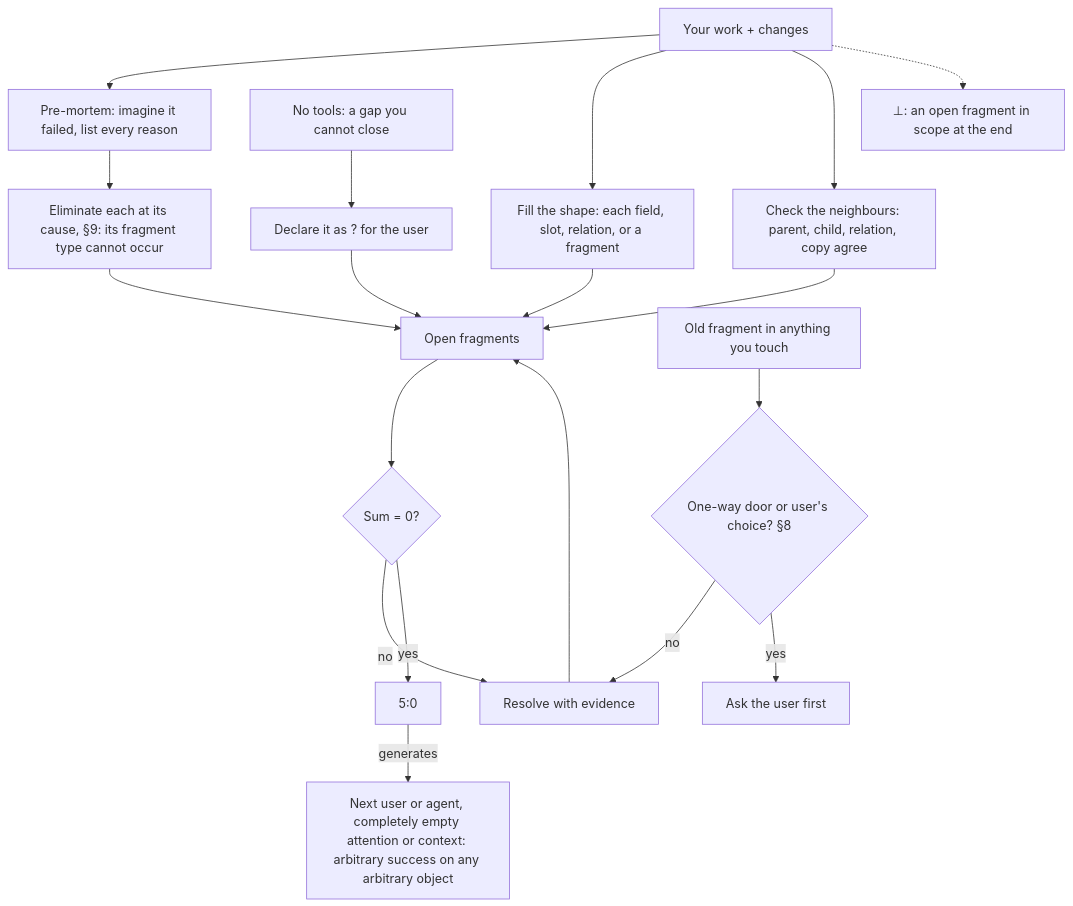
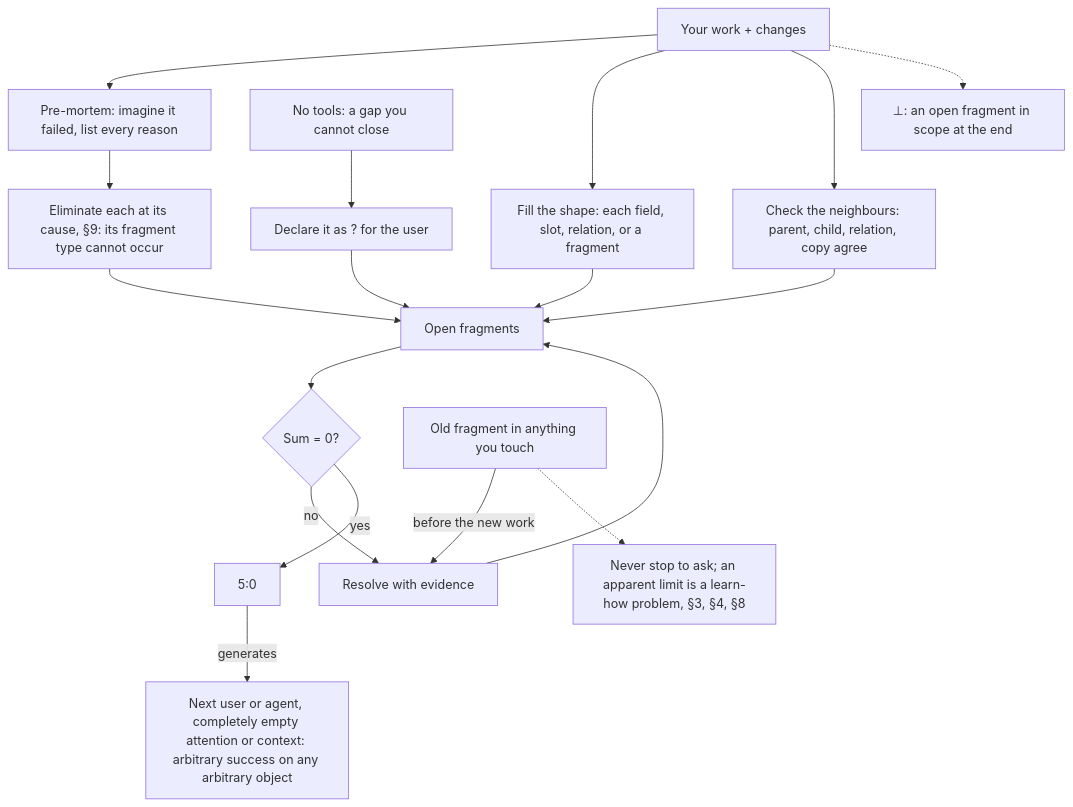
Before and after one commit to SolenixAI/arbiter: the second of 14 diagrams in AGENTS.md, drawn with Mermaid. The commit also changed other lines of this file and 1 other file, not shown here.

First line of the commit message:
docs(arbiter): agents never stop at 99%: one correct way, real journeys, observed in the user's view

````diff
--- a/AGENTS.md
+++ b/AGENTS.md
@@ -105,13 +105,12 @@
 ```mermaid
 flowchart TD
   W[Your work + changes] --> PM[Pre-mortem: imagine it failed, list every reason] --> P[Eliminate each at its cause, §9: its fragment type cannot occur] --> L[Open fragments] --> C{Sum = 0?}
   C -->|no| F[Resolve with evidence] --> L
   W --> SH[Fill the shape: each field, slot, relation, or a fragment] --> L
   W --> NB[Check the neighbours: parent, child, relation, copy agree] --> L
   C -->|yes| D[5:0] -->|generates| NX["Next user or agent, completely empty attention or context: arbitrary success on any arbitrary object"]
-  O[Old fragment in anything you touch] --> OW{One-way door or user's choice? §8}
-  OW -->|no| F
-  OW -->|yes| UA[Ask the user first]
+  O[Old fragment in anything you touch] -->|before the new work| F
+  O -.-> TM["Never stop to ask; an apparent limit is a learn-how problem, §3, §4, §8"]
   NT[No tools: a gap you cannot close] --> X["Declare it as ? for the user"] --> L
   W -.-> BOT["⊥: an open fragment in scope at the end"]
 ```
````
